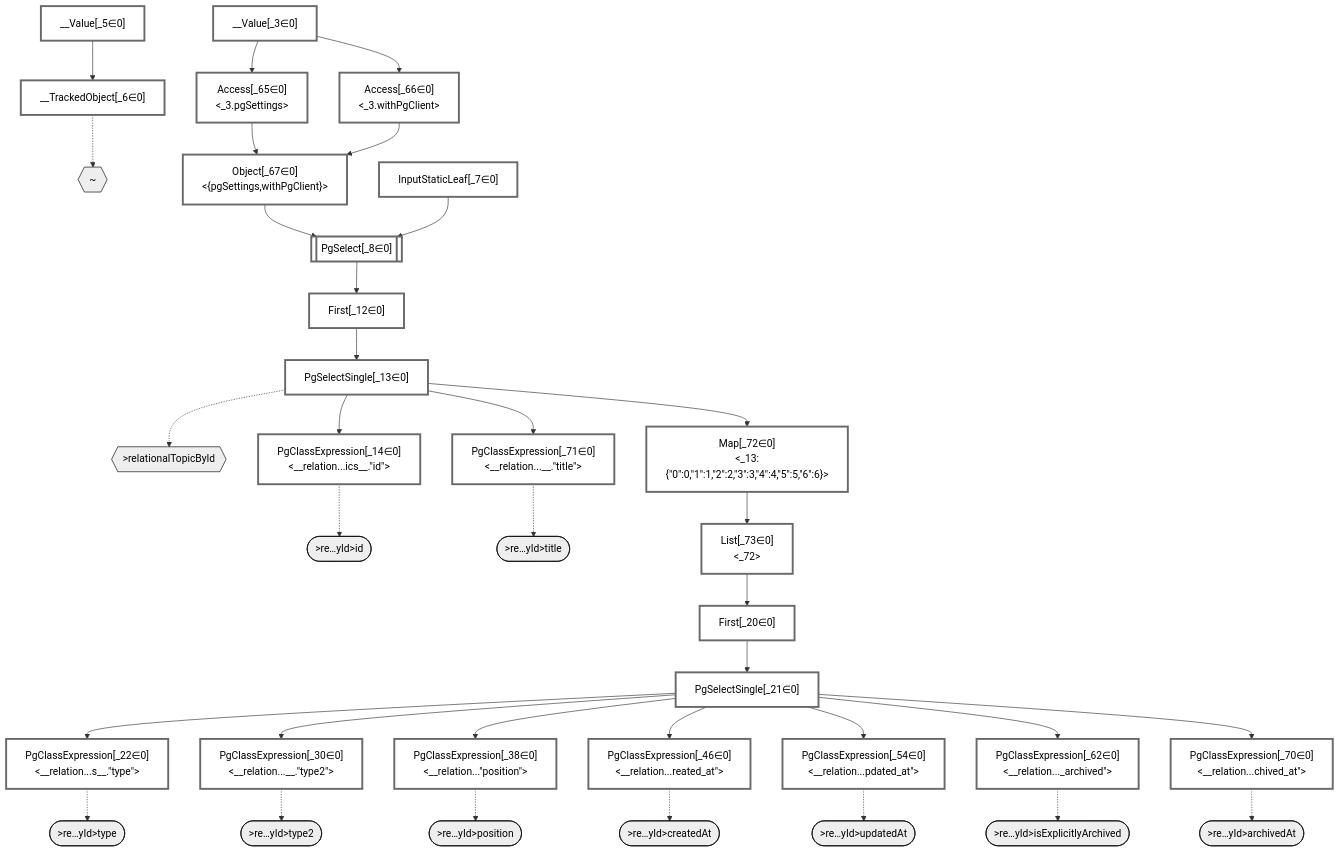
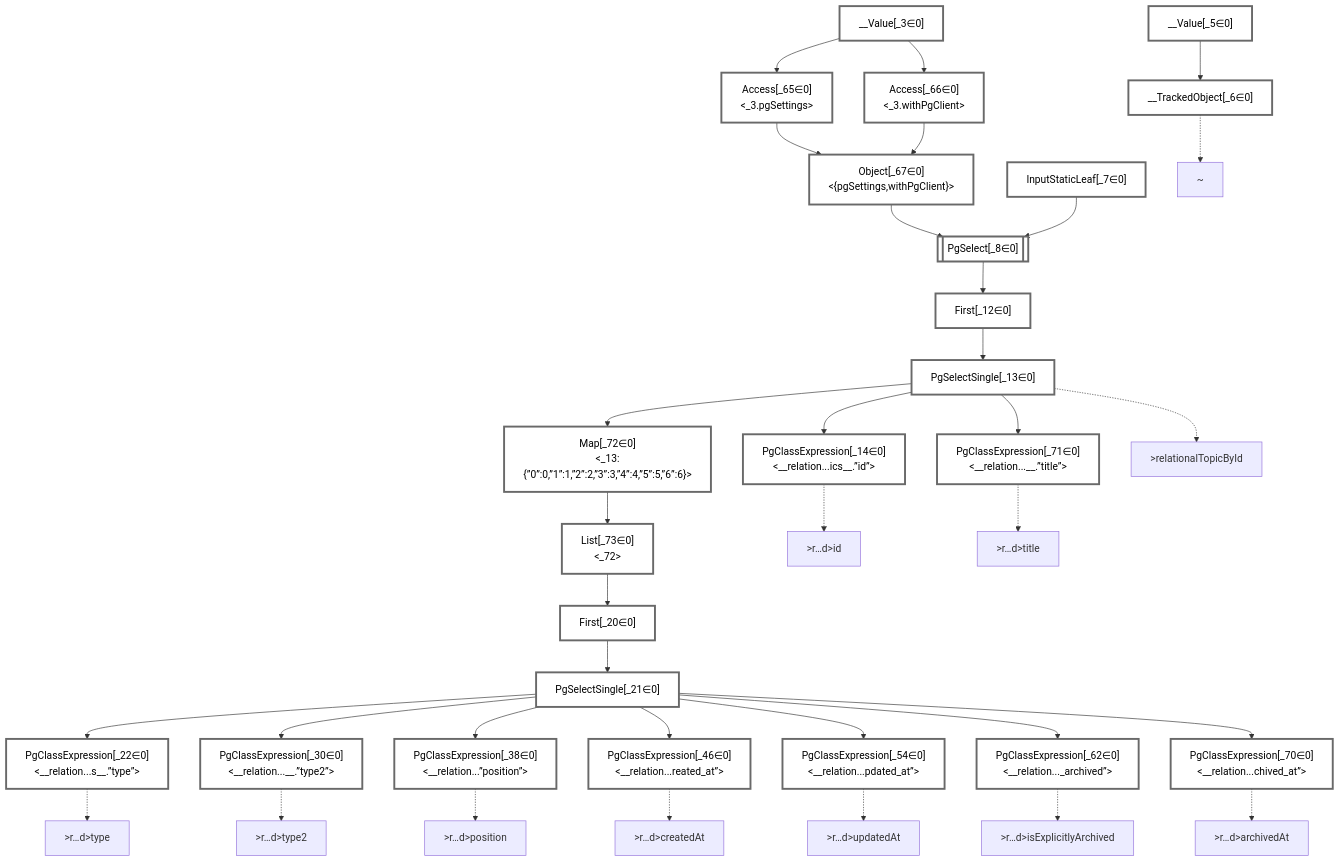
One commit to graphile/crystal changed the diagram in packages/dataplan-pg/__tests__/queries/interfaces-relational/single-topic.mermaid.md. Above: the diagram before and after it, drawn with Mermaid. The commit also changed 195 other files, not shown here.

```diff
--- a/packages/dataplan-pg/__tests__/queries/interfaces-relational/single-topic.mermaid.md
+++ b/packages/dataplan-pg/__tests__/queries/interfaces-relational/single-topic.mermaid.md
@@ -6,29 +6,6 @@
     classDef sideeffectplan fill:#f00,stroke-width:6px,color:#000
     classDef bucket fill:#f6f6f6,color:#000,stroke-width:6px
 
-    %% subgraph fields
-    P1{{"~"}}:::path
-    P2{{">relationalTopicById"}}:::path
-    P3([">re…yId>id"]):::path
-    %% P2 -.-> P3
-    P4([">re…yId>type"]):::path
-    %% P2 -.-> P4
-    P5([">re…yId>type2"]):::path
-    %% P2 -.-> P5
-    P6([">re…yId>position"]):::path
-    %% P2 -.-> P6
-    P7([">re…yId>createdAt"]):::path
-    %% P2 -.-> P7
-    P8([">re…yId>updatedAt"]):::path
-    %% P2 -.-> P8
-    P9([">re…yId>isExplicitlyArchived"]):::path
-    %% P2 -.-> P9
-    P10([">re…yId>archivedAt"]):::path
-    %% P2 -.-> P10
-    P11([">re…yId>title"]):::path
-    %% P2 -.-> P11
-    %% P1 -.-> P2
-    %% end
 
     %% define plans
     __Value_3["__Value[_3∈0]<br /><context>"]:::plan
@@ -38,21 +15,21 @@
     PgSelect_8[["PgSelect[_8∈0]<br /><relational_topics>"]]:::plan
     First_12["First[_12∈0]"]:::plan
     PgSelectSingle_13["PgSelectSingle[_13∈0]<br /><relational_topics>"]:::plan
-    PgClassExpression_14["PgClassExpression[_14∈0]<br /><__relation...ics__.#quot;id#quot;>"]:::plan
+    PgClassExpression_14["PgClassExpression[_14∈0]<br /><__relation...ics__.”id”>"]:::plan
     First_20["First[_20∈0]"]:::plan
     PgSelectSingle_21["PgSelectSingle[_21∈0]<br /><relational_items>"]:::plan
-    PgClassExpression_22["PgClassExpression[_22∈0]<br /><__relation...s__.#quot;type#quot;>"]:::plan
-    PgClassExpression_30["PgClassExpression[_30∈0]<br /><__relation...__.#quot;type2#quot;>"]:::plan
-    PgClassExpression_38["PgClassExpression[_38∈0]<br /><__relation...#quot;position#quot;>"]:::plan
-    PgClassExpression_46["PgClassExpression[_46∈0]<br /><__relation...reated_at#quot;>"]:::plan
-    PgClassExpression_54["PgClassExpression[_54∈0]<br /><__relation...pdated_at#quot;>"]:::plan
-    PgClassExpression_62["PgClassExpression[_62∈0]<br /><__relation..._archived#quot;>"]:::plan
+    PgClassExpression_22["PgClassExpression[_22∈0]<br /><__relation...s__.”type”>"]:::plan
+    PgClassExpression_30["PgClassExpression[_30∈0]<br /><__relation...__.”type2”>"]:::plan
+    PgClassExpression_38["PgClassExpression[_38∈0]<br /><__relation...”position”>"]:::plan
+    PgClassExpression_46["PgClassExpression[_46∈0]<br /><__relation...reated_at”>"]:::plan
+    PgClassExpression_54["PgClassExpression[_54∈0]<br /><__relation...pdated_at”>"]:::plan
+    PgClassExpression_62["PgClassExpression[_62∈0]<br /><__relation..._archived”>"]:::plan
     Access_65["Access[_65∈0]<br /><_3.pgSettings>"]:::plan
     Access_66["Access[_66∈0]<br /><_3.withPgClient>"]:::plan
     Object_67["Object[_67∈0]<br /><{pgSettings,withPgClient}>"]:::plan
-    PgClassExpression_70["PgClassExpression[_70∈0]<br /><__relation...chived_at#quot;>"]:::plan
-    PgClassExpression_71["PgClassExpression[_71∈0]<br /><__relation...__.#quot;title#quot;>"]:::plan
-    Map_72["Map[_72∈0]<br /><_13:{#quot;0#quot;:0,#quot;1#quot;:1,#quot;2#quot;:2,#quot;3#quot;:3,#quot;4#quot;:4,#quot;5#quot;:5,#quot;6#quot;:6}>"]:::plan
+    PgClassExpression_70["PgClassExpression[_70∈0]<br /><__relation...chived_at”>"]:::plan
+    PgClassExpression_71["PgClassExpression[_71∈0]<br /><__relation...__.”title”>"]:::plan
+    Map_72["Map[_72∈0]<br /><_13:{”0”:0,”1”:1,”2”:2,”3”:3,”4”:4,”5”:5,”6”:6}>"]:::plan
     List_73["List[_73∈0]<br /><_72>"]:::plan
 
     %% plan dependencies
@@ -80,16 +57,27 @@
     Map_72 --> List_73
 
     %% plan-to-path relationships
+    P1["~"]
     __TrackedObject_6 -.-> P1
+    P2[">relationalTopicById"]
     PgSelectSingle_13 -.-> P2
+    P3[">r…d>id"]
     PgClassExpression_14 -.-> P3
+    P4[">r…d>type"]
     PgClassExpression_22 -.-> P4
+    P5[">r…d>type2"]
     PgClassExpression_30 -.-> P5
+    P6[">r…d>position"]
     PgClassExpression_38 -.-> P6
+    P7[">r…d>createdAt"]
     PgClassExpression_46 -.-> P7
+    P8[">r…d>updatedAt"]
     PgClassExpression_54 -.-> P8
+    P9[">r…d>isExplicitlyArchived"]
     PgClassExpression_62 -.-> P9
+    P10[">r…d>archivedAt"]
     PgClassExpression_70 -.-> P10
+    P11[">r…d>title"]
     PgClassExpression_71 -.-> P11
 
     %% allocate buckets
```
